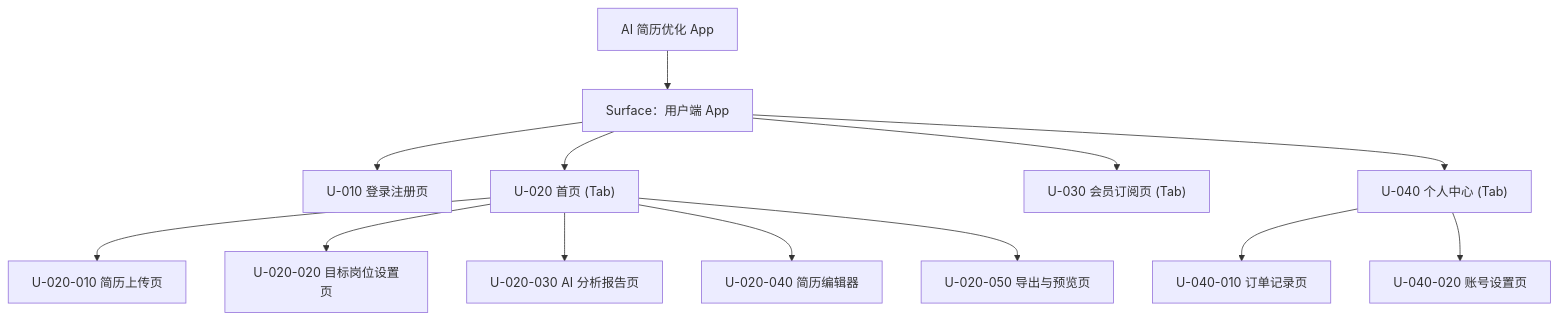
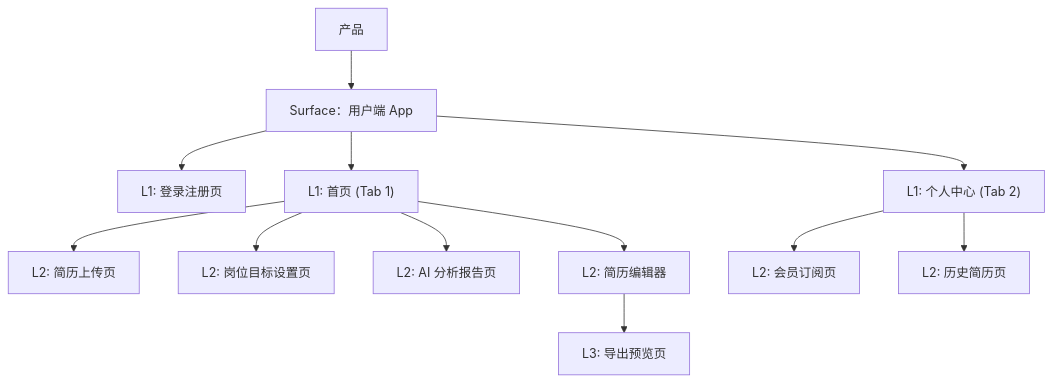
One commit to WangTW98/PM-Document-Skills changed the diagram in product/development/product-overview-draft.md. Above: the diagram before and after it, drawn with Mermaid. The commit also changed other lines of this file and 6 other files, not shown here.

````diff
--- a/product/development/product-overview-draft.md
+++ b/product/development/product-overview-draft.md
@@ -105,35 +104,32 @@
 ```mermaid
 flowchart TD
-  ROOT["AI 简历优化 App"]
+  ROOT["产品"]
   SURFACE_APP["Surface：用户端 App"]
   
+  P_LOGIN["L1: 登录注册页"]
+  
+  P_HOME["L1: 首页 (Tab 1)"]
+  P_UPLOAD["L2: 简历上传页"]
+  P_TARGET["L2: 岗位目标设置页"]
+  P_REPORT["L2: AI 分析报告页"]
+  P_EDITOR["L2: 简历编辑器"]
+  P_EXPORT["L3: 导出预览页"]
+  
+  P_PROFILE["L1: 个人中心 (Tab 2)"]
+  P_VIP["L2: 会员订阅页"]
+  P_HISTORY["L2: 历史简历页"]
+  
   ROOT --> SURFACE_APP
+  SURFACE_APP --> P_LOGIN
+  SURFACE_APP --> P_HOME
+  SURFACE_APP --> P_PROFILE
   
-  PAGE_AUTH["U-010 登录注册页"]
-  PAGE_HOME["U-020 首页 (Tab)"]
-  PAGE_VIP["U-030 会员订阅页 (Tab)"]
-  PAGE_MINE["U-040 个人中心 (Tab)"]
+  P_HOME --> P_UPLOAD
+  P_HOME --> P_TARGET
+  P_HOME --> P_REPORT
+  P_HOME --> P_EDITOR
+  P_EDITOR --> P_EXPORT
   
-  SURFACE_APP --> PAGE_AUTH
-  SURFACE_APP --> PAGE_HOME
-  SURFACE_APP --> PAGE_VIP
-  SURFACE_APP --> PAGE_MINE
-  
-  PAGE_UPLOAD["U-020-010 简历上传页"]
-  PAGE_TARGET["U-020-020 目标岗位设置页"]
-  PAGE_REPORT["U-020-030 AI 分析报告页"]
-  PAGE_EDITOR["U-020-040 简历编辑器"]
-  PAGE_EXPORT["U-020-050 导出与预览页"]
-  
-  PAGE_HOME --> PAGE_UPLOAD
-  PAGE_HOME --> PAGE_TARGET
-  PAGE_HOME --> PAGE_REPORT
-  PAGE_HOME --> PAGE_EDITOR
-  PAGE_HOME --> PAGE_EXPORT
-  
-  PAGE_ORDERS["U-040-010 订单记录页"]
-  PAGE_SETTINGS["U-040-020 账号设置页"]
-  
-  PAGE_MINE --> PAGE_ORDERS
-  PAGE_MINE --> PAGE_SETTINGS
+  P_PROFILE --> P_VIP
+  P_PROFILE --> P_HISTORY
 ```
````
